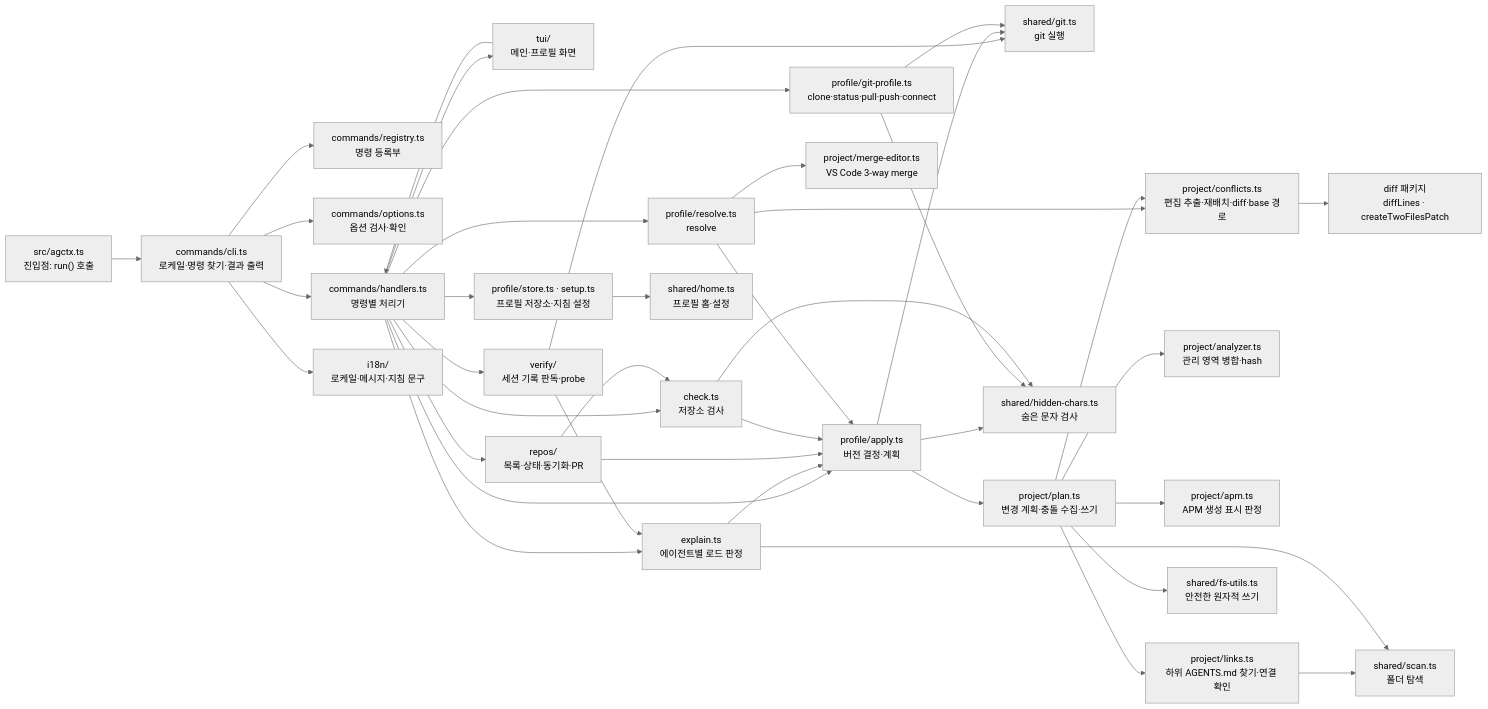
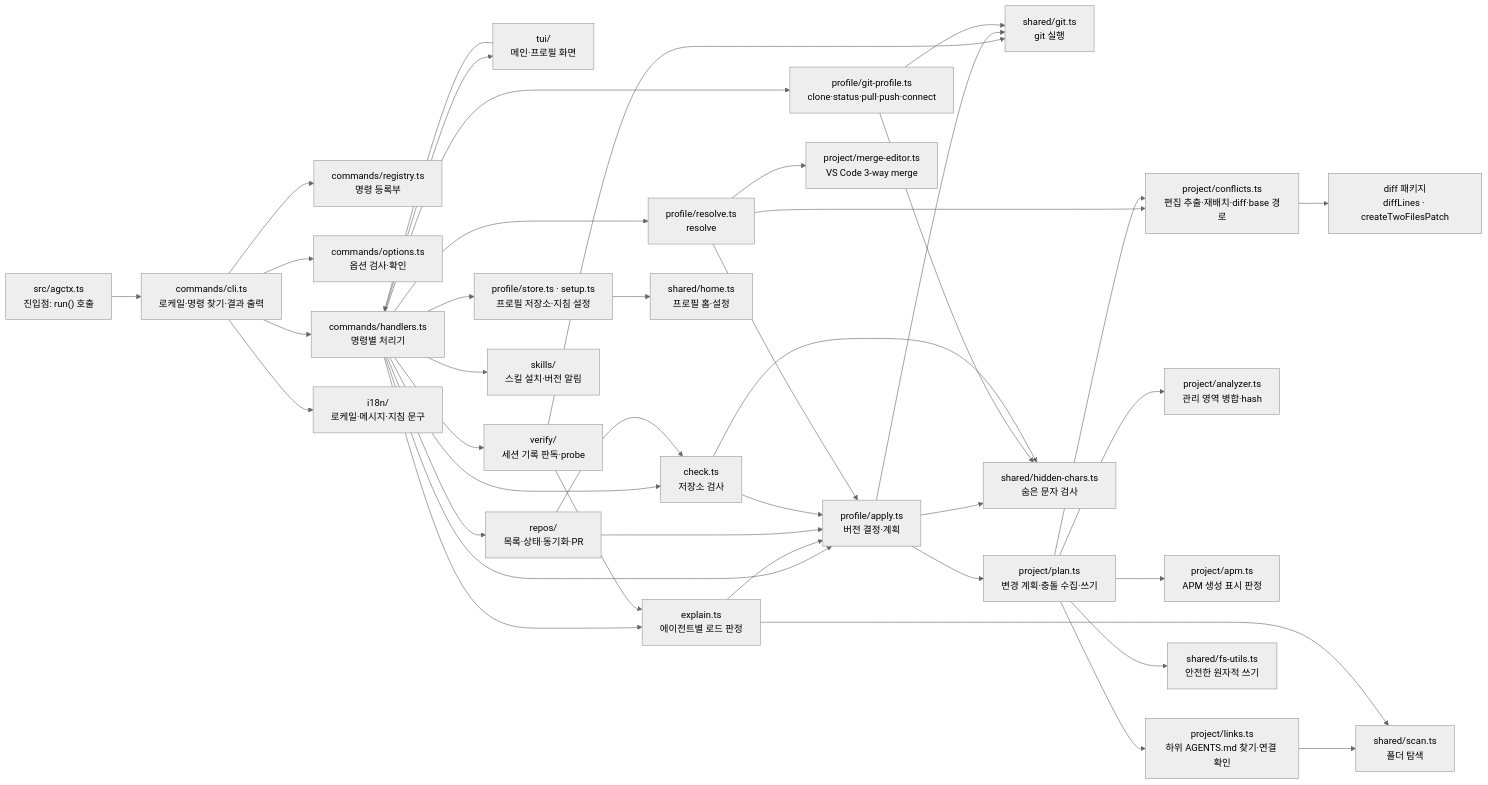
One commit to IsthisLee/agent-context-manager changed the diagram in docs/contributing/implementation-mechanics.md. Above: the diagram before and after it, drawn with Mermaid (neutral theme). The commit also changed other lines of this file and 43 other files, not shown here.

````diff
--- a/docs/contributing/implementation-mechanics.md
+++ b/docs/contributing/implementation-mechanics.md
@@ -18,42 +18,43 @@
 ```mermaid
 flowchart LR
   entry["src/agctx.ts<br/>진입점: run() 호출"] --> cli["commands/cli.ts<br/>로케일·명령 찾기·결과 출력"]
   cli --> registry["commands/registry.ts<br/>명령 등록부"]
   cli --> options["commands/options.ts<br/>옵션 검사·확인"]
   cli --> handlers["commands/handlers.ts<br/>명령별 처리기"]
   handlers --> tui["tui/<br/>메인·프로필 화면"]
   tui --> handlers
   handlers --> store["profile/store.ts · setup.ts<br/>프로필 저장소·지침 설정"]
   handlers --> apply["profile/apply.ts<br/>버전 결정·계획"]
   handlers --> resolve["profile/resolve.ts<br/>resolve"]
   handlers --> gitprofile["profile/git-profile.ts<br/>clone·status·pull·push·connect"]
   handlers --> check["check.ts<br/>저장소 검사"]
   handlers --> repos["repos/<br/>목록·상태·동기화·PR"]
   handlers --> explain["explain.ts<br/>에이전트별 로드 판정"]
   handlers --> verify["verify/<br/>세션 기록 판독·probe"]
+  handlers --> skillsmod["skills/<br/>스킬 설치·버전 알림"]
   verify --> explain
   explain --> apply
   verify --> gitrun
   repos --> check
   repos --> apply
   check --> apply
   resolve --> apply
   apply --> plan["project/plan.ts<br/>변경 계획·충돌 수집·쓰기"]
   apply --> gitrun["shared/git.ts<br/>git 실행"]
   gitprofile --> gitrun
   apply --> hidden["shared/hidden-chars.ts<br/>숨은 문자 검사"]
   gitprofile --> hidden
   check --> hidden
   resolve --> merge["project/merge-editor.ts<br/>VS Code 3-way merge"]
   resolve --> conflicts["project/conflicts.ts<br/>편집 추출·재배치·diff·base 경로"]
   plan --> analyzer["project/analyzer.ts<br/>관리 영역 병합·hash"]
   plan --> apm["project/apm.ts<br/>APM 생성 표시 판정"]
   plan --> links["project/links.ts<br/>하위 AGENTS.md 찾기·연결 확인"]
   links --> scan["shared/scan.ts<br/>폴더 탐색"]
   explain --> scan
   plan --> conflicts
   plan --> fsutils["shared/fs-utils.ts<br/>안전한 원자적 쓰기"]
   store --> home["shared/home.ts<br/>프로필 홈·설정"]
   cli --> i18n["i18n/<br/>로케일·메시지·지침 문구"]
   conflicts --> jsdiff["diff 패키지<br/>diffLines · createTwoFilesPatch"]
 ```
````
